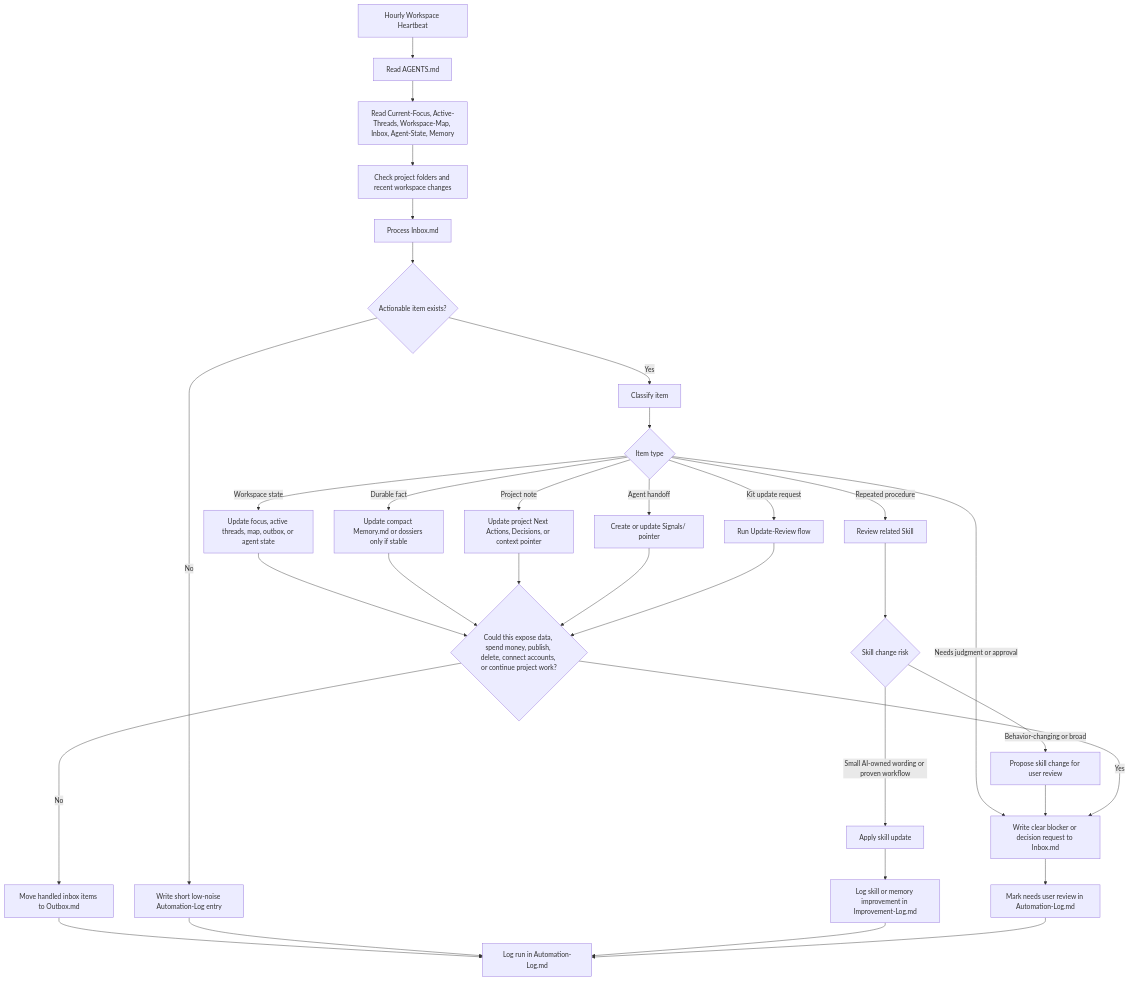
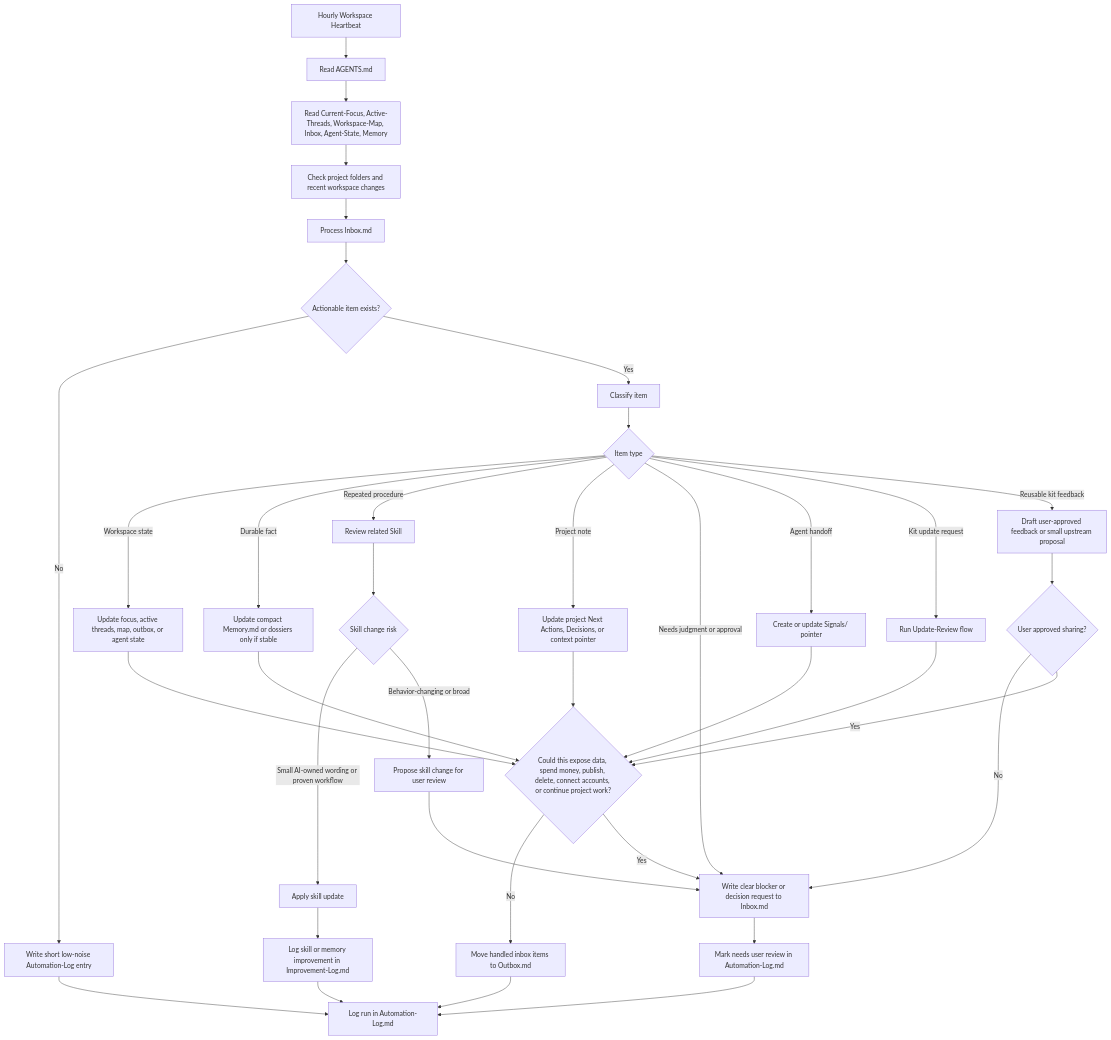
The diagram in Architecture/self-improvement-loop.md (V-Andriy/business-ai-starter-kit), drawn with Mermaid before and after one commit. The commit also changed other lines of this file and 13 other files, not shown here.

````diff
--- a/Architecture/self-improvement-loop.md
+++ b/Architecture/self-improvement-loop.md
@@ -8,40 +8,44 @@
 ```mermaid
 flowchart TD
   Start["Hourly Workspace Heartbeat"] --> ReadRules["Read AGENTS.md"]
   ReadRules --> ReadState["Read Current-Focus, Active-Threads, Workspace-Map, Inbox, Agent-State, Memory"]
   ReadState --> DetectChanges["Check project folders and recent workspace changes"]
   DetectChanges --> ProcessInbox["Process Inbox.md"]
 
   ProcessInbox --> Item{"Actionable item exists?"}
   Item -- "No" --> Quiet["Write short low-noise Automation-Log entry"]
   Item -- "Yes" --> Classify["Classify item"]
 
   Classify --> ItemType{"Item type"}
   ItemType -- "Workspace state" --> StateUpdate["Update focus, active threads, map, outbox, or agent state"]
   ItemType -- "Durable fact" --> MemoryUpdate["Update compact Memory.md or dossiers only if stable"]
   ItemType -- "Repeated procedure" --> SkillReview["Review related Skill"]
   ItemType -- "Project note" --> ProjectNote["Update project Next Actions, Decisions, or context pointer"]
   ItemType -- "Needs judgment or approval" --> DecisionNote["Write clear blocker or decision request to Inbox.md"]
   ItemType -- "Agent handoff" --> Signal["Create or update Signals/ pointer"]
   ItemType -- "Kit update request" --> UpdateReview["Run Update-Review flow"]
+  ItemType -- "Reusable kit feedback" --> KitFeedback["Draft user-approved feedback or small upstream proposal"]
 
   SkillReview --> SkillRisk{"Skill change risk"}
   SkillRisk -- "Small AI-owned wording or proven workflow" --> SkillApply["Apply skill update"]
   SkillRisk -- "Behavior-changing or broad" --> SkillPropose["Propose skill change for user review"]
 
   StateUpdate --> SafetyCheck{"Could this expose data, spend money, publish, delete, connect accounts, or continue project work?"}
   MemoryUpdate --> SafetyCheck
   ProjectNote --> SafetyCheck
   Signal --> SafetyCheck
   UpdateReview --> SafetyCheck
+  KitFeedback --> Approval{"User approved sharing?"}
   SkillApply --> ImprovementLog["Log skill or memory improvement in Improvement-Log.md"]
   SkillPropose --> DecisionNote
+  Approval -- "No" --> DecisionNote
+  Approval -- "Yes" --> SafetyCheck
 
   SafetyCheck -- "No" --> Outbox["Move handled inbox items to Outbox.md"]
   SafetyCheck -- "Yes" --> DecisionNote
   DecisionNote --> NeedsReview["Mark needs user review in Automation-Log.md"]
   Outbox --> RunLog["Log run in Automation-Log.md"]
   Quiet --> RunLog
   ImprovementLog --> RunLog
   NeedsReview --> RunLog
 ```
````
